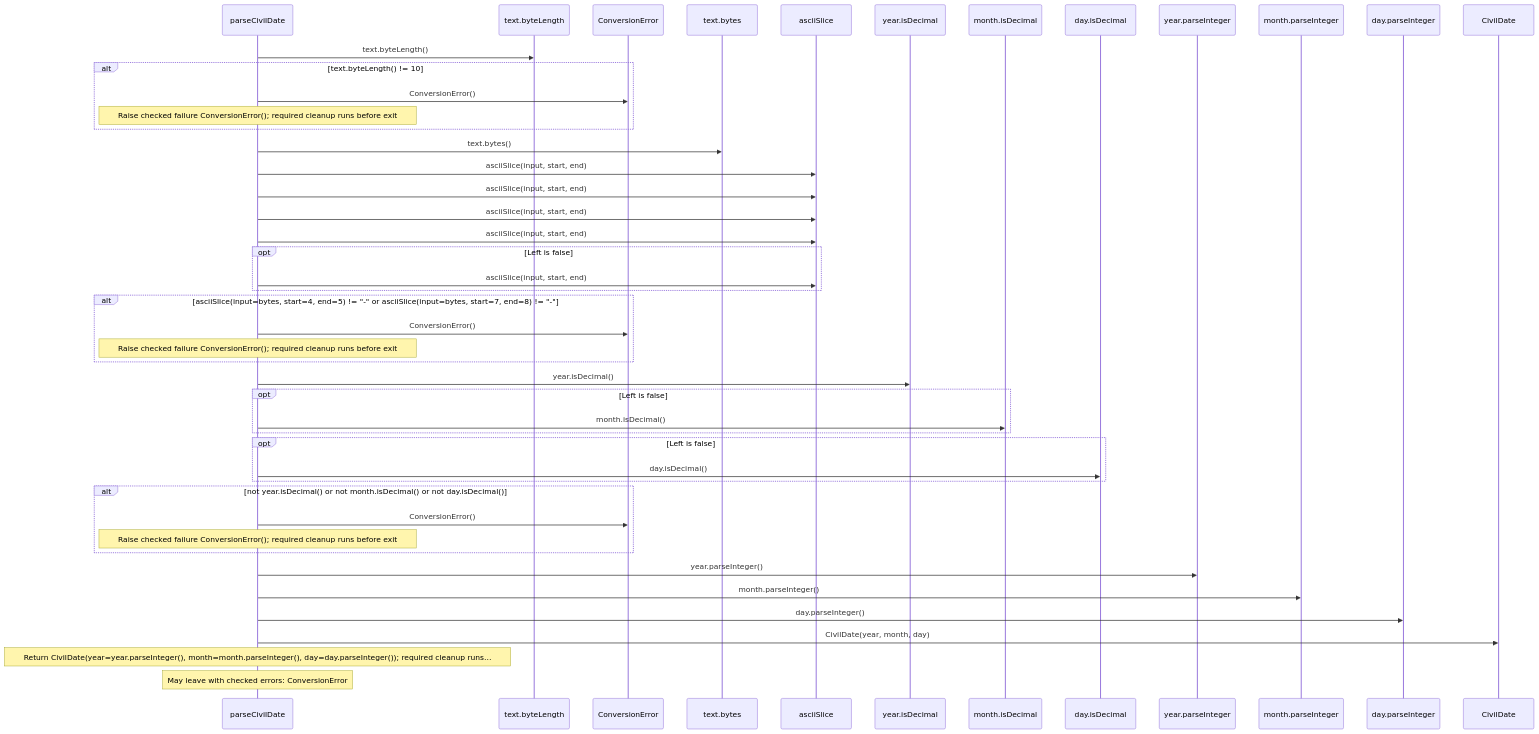
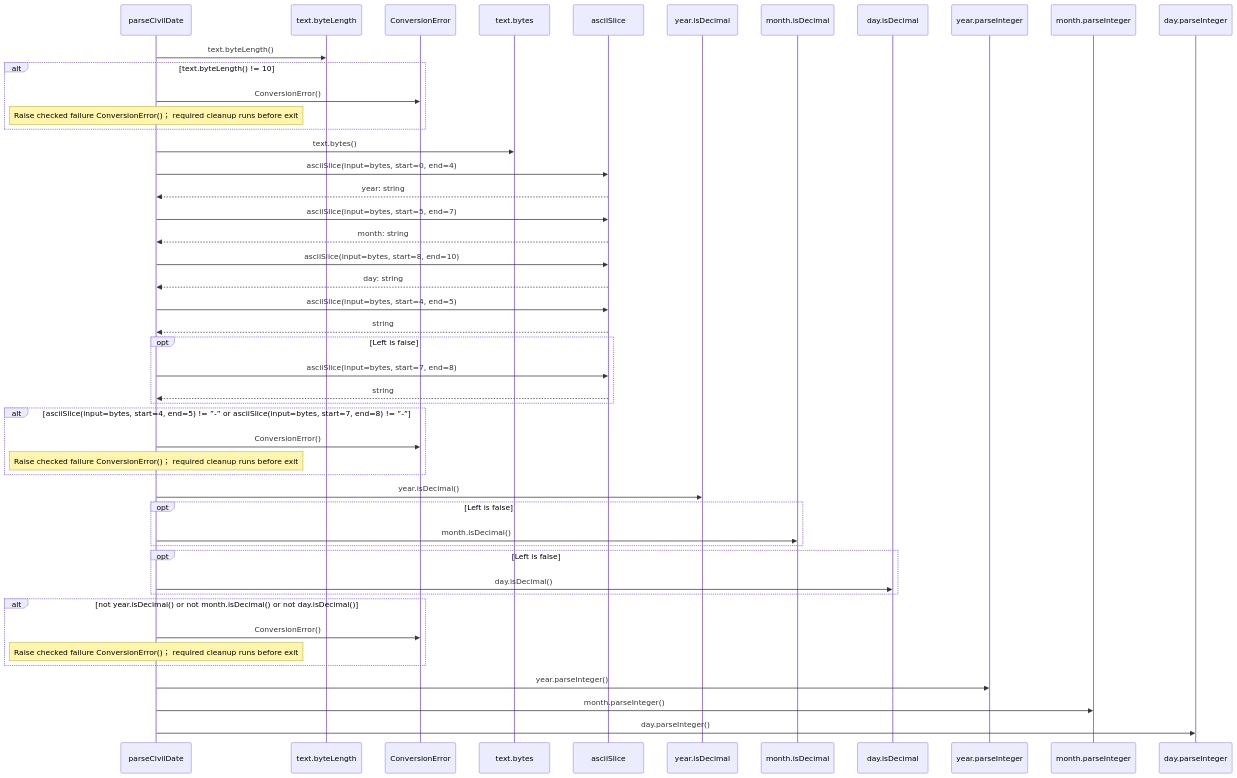
One commit to GreenPandaStudios/augscript changed the fifth of 9 diagrams in src/stdlib/values/dates.aug.diagrams.md. Above: the diagram before and after it, drawn with Mermaid. The commit also changed other lines of this file and 524 other files, not shown here.

Commit message:
Explain checked data flow at folder and service levels

````diff
--- a/src/stdlib/values/dates.aug.diagrams.md
+++ b/src/stdlib/values/dates.aug.diagrams.md
@@ -108,49 +111,50 @@
 ```mermaid
 sequenceDiagram
     participant p0 as parseCivilDate
     participant p1 as text.byteLength
     participant p2 as ConversionError
     participant p3 as text.bytes
     participant p4 as asciiSlice
     participant p5 as year.isDecimal
     participant p6 as month.isDecimal
     participant p7 as day.isDecimal
     participant p8 as year.parseInteger
     participant p9 as month.parseInteger
     participant p10 as day.parseInteger
-    participant p11 as CivilDate
     p0->>p1: text.byteLength()
     alt text.byteLength() != 10
     p0->>p2: ConversionError()
-    Note over p0: Raise checked failure ConversionError()#59; required cleanup runs before exit
+    Note over p0: Raise checked failure ConversionError()； required cleanup runs before exit
     end
     p0->>p3: text.bytes()
-    p0->>p4: asciiSlice(input, start, end)
-    p0->>p4: asciiSlice(input, start, end)
-    p0->>p4: asciiSlice(input, start, end)
-    p0->>p4: asciiSlice(input, start, end)
+    p0->>p4: asciiSlice(input=bytes, start=0, end=4)
+    p4-->>p0: year: string
+    p0->>p4: asciiSlice(input=bytes, start=5, end=7)
+    p4-->>p0: month: string
+    p0->>p4: asciiSlice(input=bytes, start=8, end=10)
+    p4-->>p0: day: string
+    p0->>p4: asciiSlice(input=bytes, start=4, end=5)
+    p4-->>p0: string
     opt Left is false
-    p0->>p4: asciiSlice(input, start, end)
+    p0->>p4: asciiSlice(input=bytes, start=7, end=8)
+    p4-->>p0: string
     end
-    alt asciiSlice(input=bytes, start=4, end=5) != #34;-#34; or asciiSlice(input=bytes, start=7, end=8) != #34;-#34;
+    alt asciiSlice(input=bytes, start=4, end=5) != ”-” or asciiSlice(input=bytes, start=7, end=8) != ”-”
     p0->>p2: ConversionError()
-    Note over p0: Raise checked failure ConversionError()#59; required cleanup runs before exit
+    Note over p0: Raise checked failure ConversionError()； required cleanup runs before exit
     end
     p0->>p5: year.isDecimal()
     opt Left is false
     p0->>p6: month.isDecimal()
     end
     opt Left is false
     p0->>p7: day.isDecimal()
     end
     alt not year.isDecimal() or not month.isDecimal() or not day.isDecimal()
     p0->>p2: ConversionError()
-    Note over p0: Raise checked failure ConversionError()#59; required cleanup runs before exit
+    Note over p0: Raise checked failure ConversionError()； required cleanup runs before exit
     end
     p0->>p8: year.parseInteger()
     p0->>p9: month.parseInteger()
     p0->>p10: day.parseInteger()
-    p0->>p11: CivilDate(year, month, day)
-    Note over p0: Return CivilDate(year=year.parseInteger(), month=month.parseInteger(), day=day.parseInteger())#59; required cleanup runs…
-    Note over p0: May leave with checked errors: ConversionError
 ```
````
